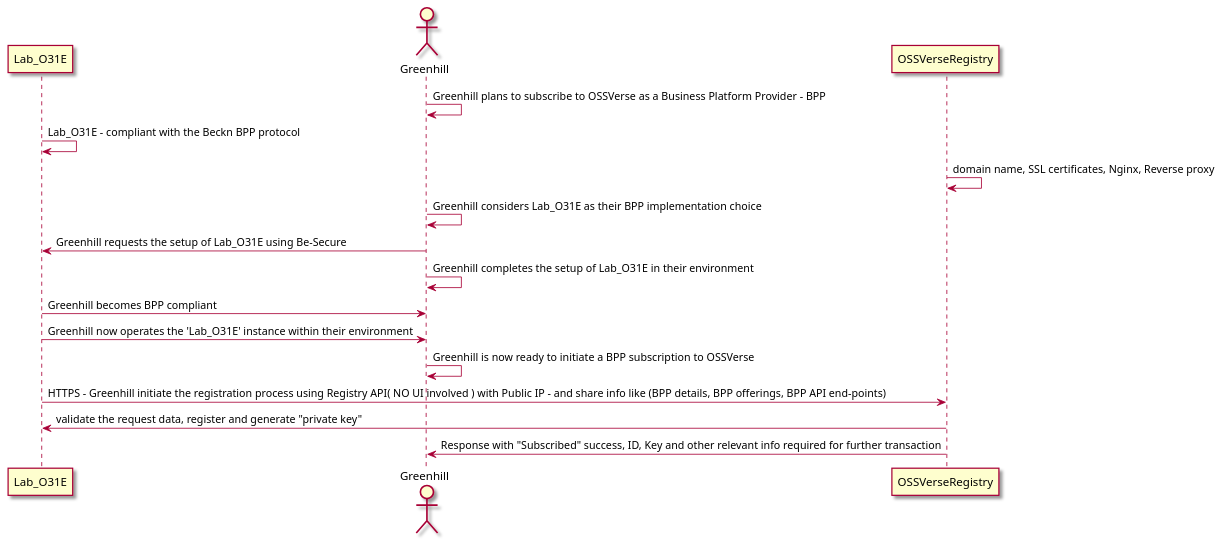
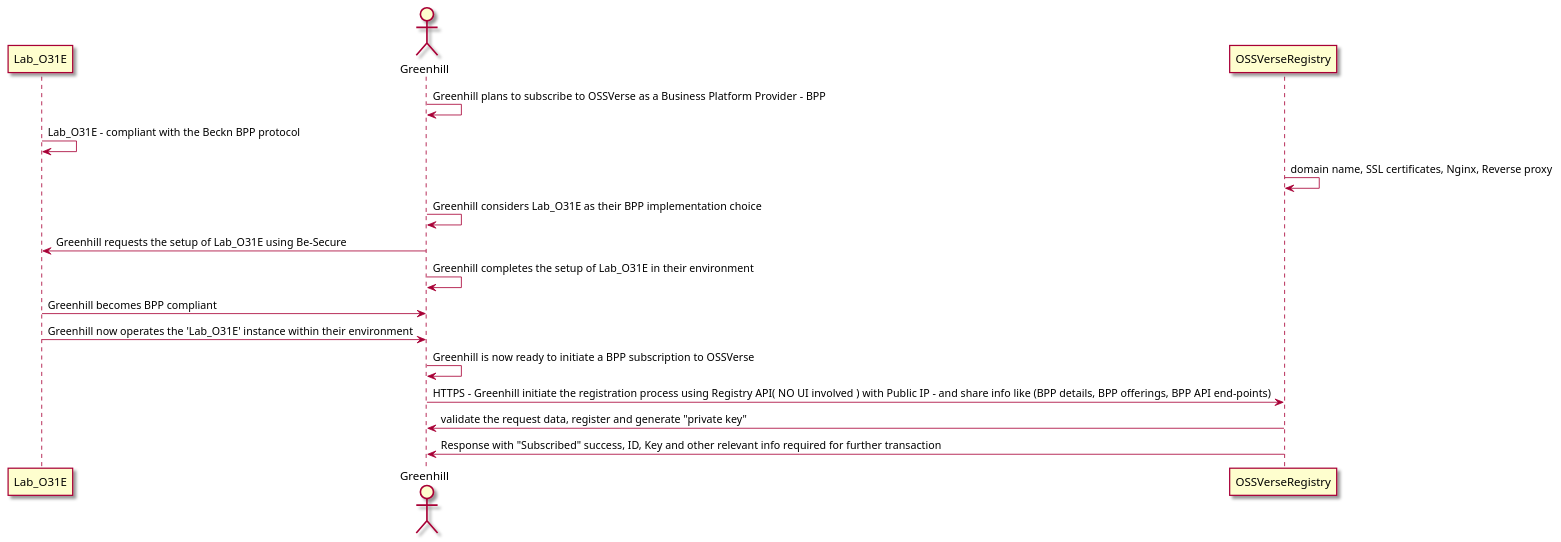
One commit to OSSVerse/OSSVerse changed the diagram in docs/puml/TechnicalArchitecture_BPP_onboarding.puml. Above: the diagram before and after it, drawn with PlantUML.

Commit message:
Architecture design BPP

```diff
--- a/docs/puml/TechnicalArchitecture_BPP_onboarding.puml
+++ b/docs/puml/TechnicalArchitecture_BPP_onboarding.puml
@@ -1,24 +1,24 @@
 @startuml
 
 skin rose
 actor Greenhill as Greenhill
 Greenhill -> Greenhill: Greenhill plans to subscribe to OSSVerse as a Business Platform Provider - BPP
 
 
 Lab_O31E -> Lab_O31E: Lab_O31E - compliant with the Beckn BPP protocol
 actor Greenhill as Greenhill
 OSSVerseRegistry -> OSSVerseRegistry: domain name, SSL certificates, Nginx, Reverse proxy 
 
 
 Greenhill -> Greenhill: Greenhill considers Lab_O31E as their BPP implementation choice
 Greenhill -> Lab_O31E: Greenhill requests the setup of Lab_O31E using Be-Secure
 Greenhill -> Greenhill: Greenhill completes the setup of Lab_O31E in their environment
 Lab_O31E -> Greenhill: Greenhill becomes BPP compliant
 Lab_O31E -> Greenhill: Greenhill now operates the 'Lab_O31E' instance within their environment
 Greenhill -> Greenhill: Greenhill is now ready to initiate a BPP subscription to OSSVerse
-Lab_O31E -> OSSVerseRegistry: HTTPS - Greenhill initiate the registration process using Registry API( NO UI involved ) with Public IP - and share info like (BPP details, BPP offerings, BPP API end-points)
+Greenhill -> OSSVerseRegistry: HTTPS - Greenhill initiate the registration process using Registry API( NO UI involved ) with Public IP - and share info like (BPP details, BPP offerings, BPP API end-points)
 
-OSSVerseRegistry -> Lab_O31E: validate the request data, register and generate "private key"
+OSSVerseRegistry -> Greenhill: validate the request data, register and generate "private key"
 OSSVerseRegistry -> Greenhill: Response with "Subscribed" success, ID, Key and other relevant info required for further transaction
 
 @enduml
```
